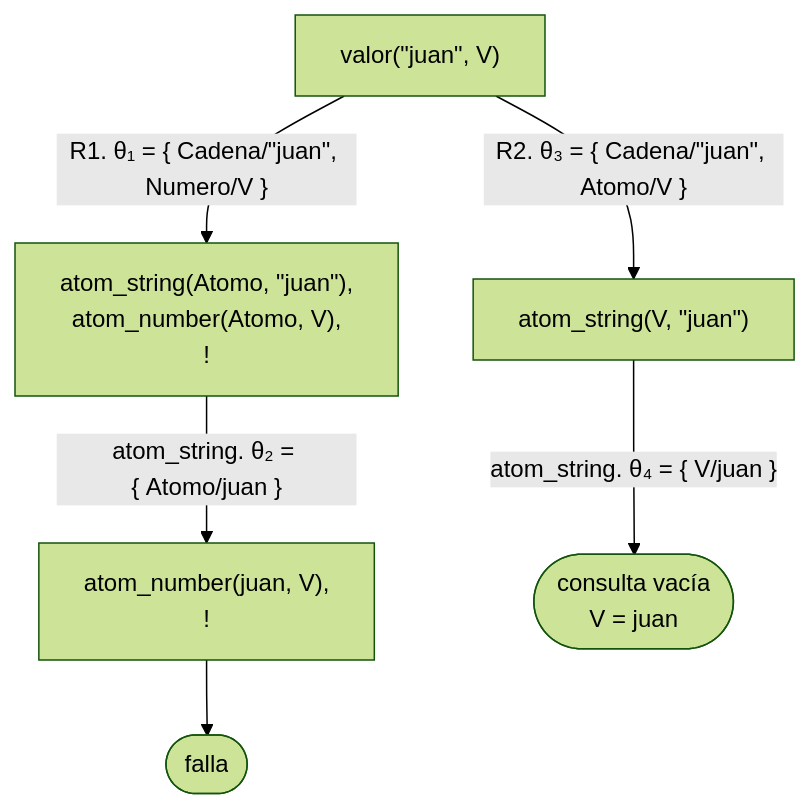
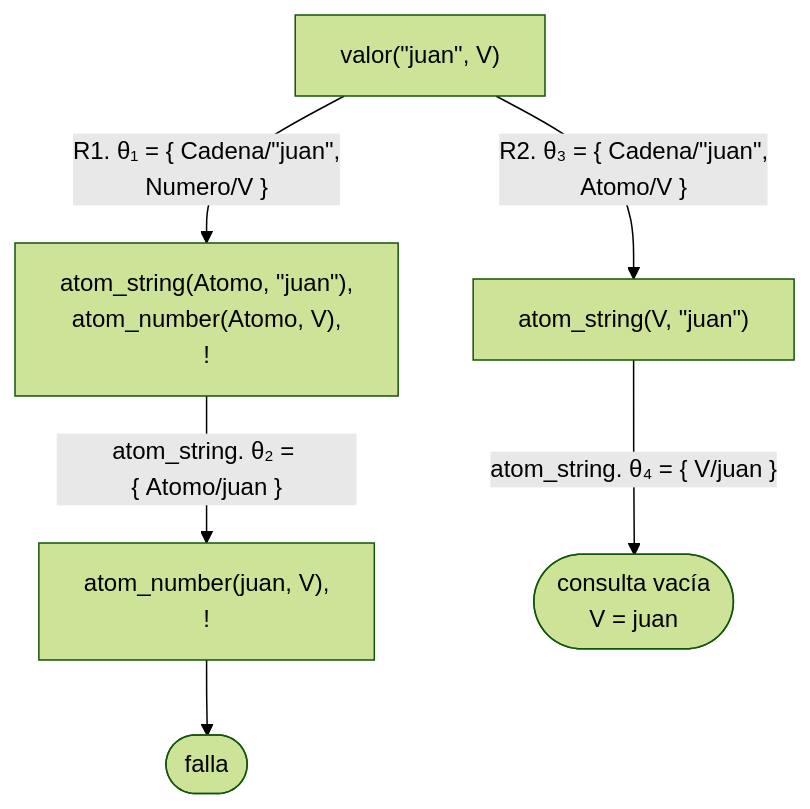
One commit to CesarBallardini/curso-de-prolog changed the second of 3 diagrams in docs/capitulo-11-texto/soluciones.md. Above: the diagram before and after it, drawn with Mermaid (forest theme). The commit also changed other lines of this file and 24 other files, not shown here.

First line of the commit message:
feat(docs): botones para ocultar las columnas laterales y etiquetas cortas en los diagramas

````diff
--- a/docs/capitulo-11-texto/soluciones.md
+++ b/docs/capitulo-11-texto/soluciones.md
@@ -418,8 +418,8 @@
 ```mermaid
 flowchart TD
-    A["valor(#quot;juan#quot;, V)"] -- "R1. θ₁ = {&nbsp;Cadena/#quot;juan#quot;, Numero/V&nbsp;}" --> B["atom_string(Atomo, #quot;juan#quot;),<br/>atom_number(Atomo, V),<br/>!"]
+    A["valor(#quot;juan#quot;, V)"] -- "R1. θ₁ = {&nbsp;Cadena/#quot;juan#quot;,<br/>Numero/V&nbsp;}" --> B["atom_string(Atomo, #quot;juan#quot;),<br/>atom_number(Atomo, V),<br/>!"]
     B -- "atom_string. θ₂ = {&nbsp;Atomo/juan&nbsp;}" --> C["atom_number(juan, V),<br/>!"]
     C --> F(["falla"])
-    A -- "R2. θ₃ = {&nbsp;Cadena/#quot;juan#quot;, Atomo/V&nbsp;}" --> D["atom_string(V, #quot;juan#quot;)"]
+    A -- "R2. θ₃ = {&nbsp;Cadena/#quot;juan#quot;,<br/>Atomo/V&nbsp;}" --> D["atom_string(V, #quot;juan#quot;)"]
     D -- "atom_string. θ₄ = {&nbsp;V/juan&nbsp;}" --> S(["consulta vacía<br/>V = juan"])
 ```
````
